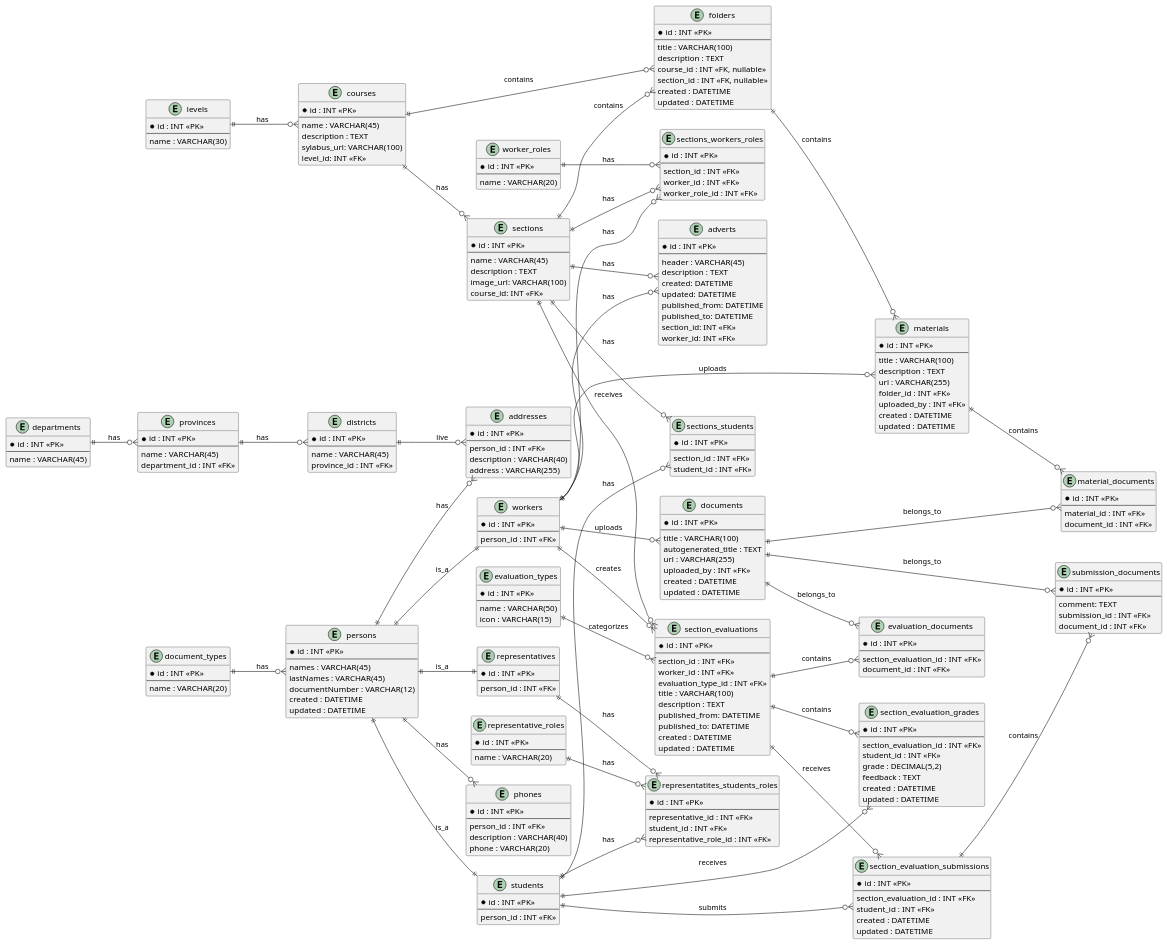
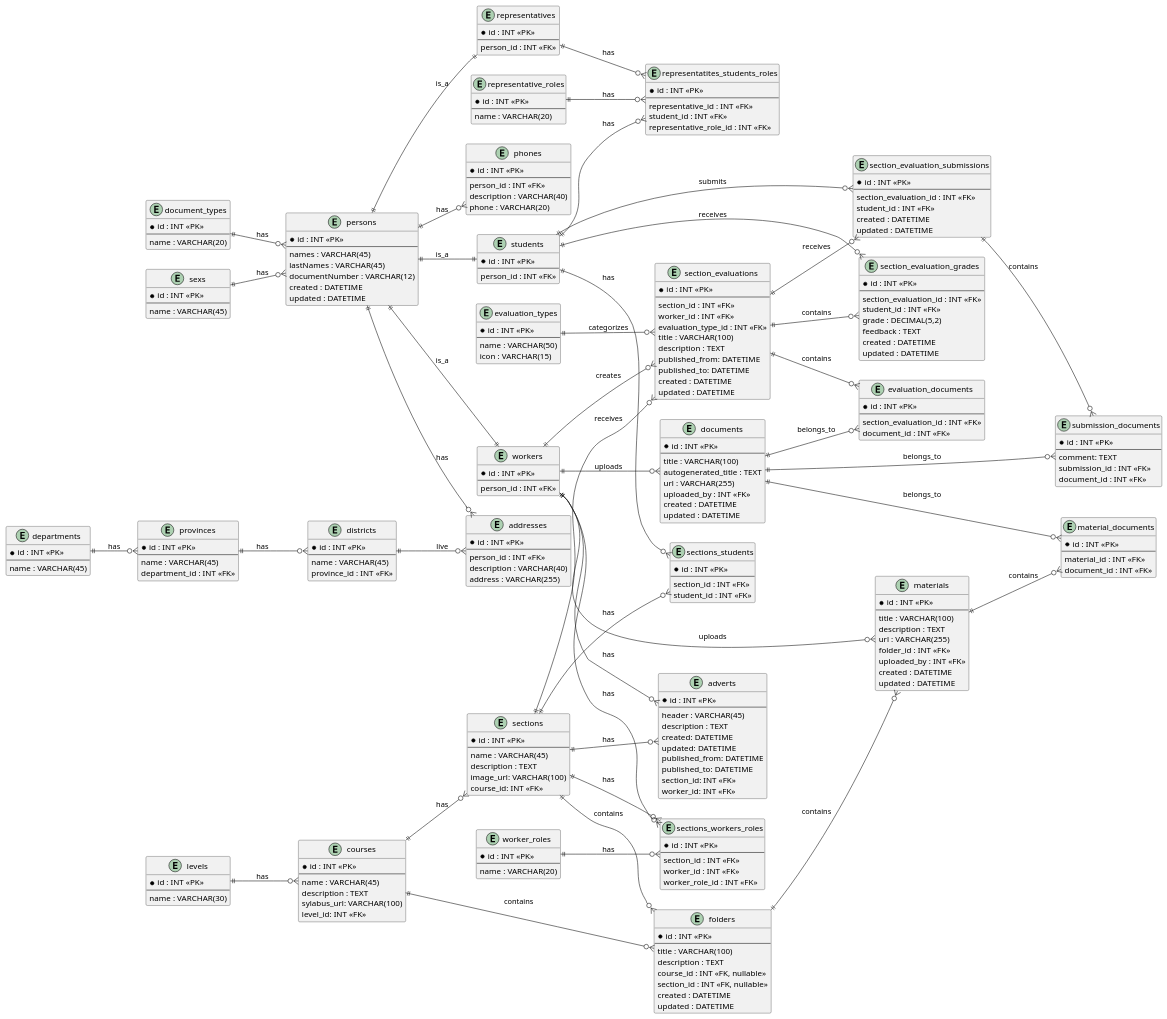
Before and after one commit to pepeul1191/template-node-express-svelte: the diagram in docs/db_diagram.puml, drawn with PlantUML. The commit also changed 4 other files, not shown here.

```diff
--- a/docs/db_diagram.puml
+++ b/docs/db_diagram.puml
@@ -4,6 +4,12 @@
 ' -------------------------
 ' Entidades principales
 ' -------------------------
+entity sexs {
+  * id : INT <<PK>>
+  --
+  name : VARCHAR(45)
+}
+
 entity departments {
   * id : INT <<PK>>
   --
@@ -246,6 +252,8 @@
 ' -------------------------
 ' Relaciones existentes
 ' -------------------------
+sexs   ||--o{ persons : has
+
 document_types   ||--o{ persons : has
 
 persons ||--o{ addresses : has
```
